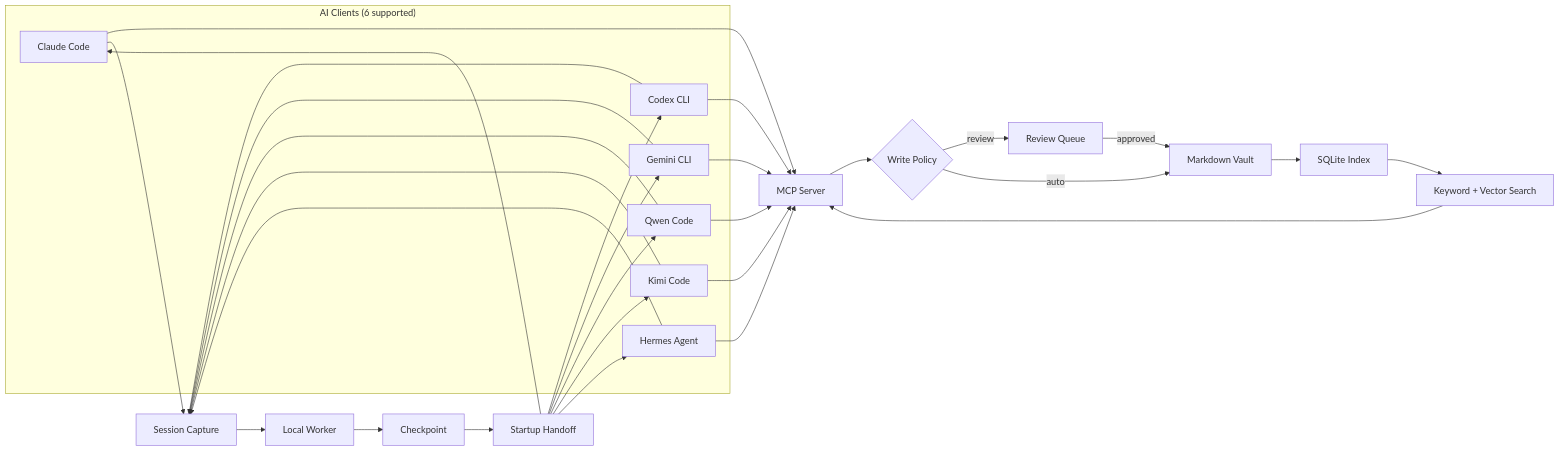
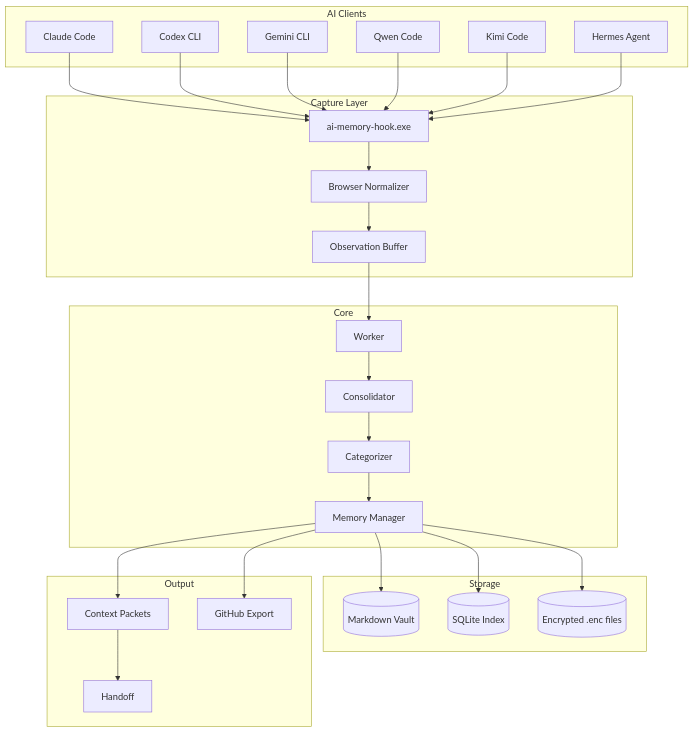
The diagram in README.md (vib28/ai-memory-hub), drawn with Mermaid before and after one commit. The commit also changed other lines of this file and 1 other file, not shown here.

````diff
--- a/README.md
+++ b/README.md
@@ -78,26 +147,50 @@
 ```mermaid
-flowchart LR
-    subgraph Clients["AI Clients (6 supported)"]
+flowchart TB
+    subgraph Clients["AI Clients"]
         C1[Claude Code]
         C2[Codex CLI]
         C3[Gemini CLI]
         C4[Qwen Code]
         C5[Kimi Code]
         C6[Hermes Agent]
     end
-
-    C1 & C2 & C3 & C4 & C5 & C6 --> MCP["MCP Server"]
-    MCP --> Policy{"Write Policy"}
-    Policy -->|review| Queue["Review Queue"]
-    Policy -->|auto| Vault["Markdown Vault"]
-    Queue -->|approved| Vault
-    Vault --> Index["SQLite Index"]
-    Index --> Search["Keyword + Vector Search"]
-    Search --> MCP
-
-    C1 & C2 & C3 & C4 & C5 & C6 --> Capture["Session Capture"]
-    Capture --> Worker["Local Worker"]
-    Worker --> Checkpoint["Checkpoint"]
-    Checkpoint --> Handoff["Startup Handoff"]
-    Handoff --> C1 & C2 & C3 & C4 & C5 & C6
+    
+    subgraph Capture["Capture Layer"]
+        H[ai-memory-hook.exe]
+        B[Observation Buffer]
+        N[Browser Normalizer]
+    end
+    
+    subgraph Core["Core"]
+        W[Worker]
+        CO[Consolidator]
+        CT[Categorizer]
+        M[Memory Manager]
+    end
+    
+    subgraph Storage["Storage"]
+        V[(Markdown Vault)]
+        I[(SQLite Index)]
+        E[(Encrypted .enc files)]
+    end
+    
+    subgraph Output["Output"]
+        CP[Context Packets]
+        HF[Handoff]
+        EX[GitHub Export]
+    end
+    
+    C1 & C2 & C3 & C4 & C5 & C6 --> H
+    H --> N
+    N --> B
+    B --> W
+    W --> CO
+    CO --> CT
+    CT --> M
+    M --> V
+    M --> I
+    M --> E
+    M --> CP
+    CP --> HF
+    M --> EX
 ```
````
